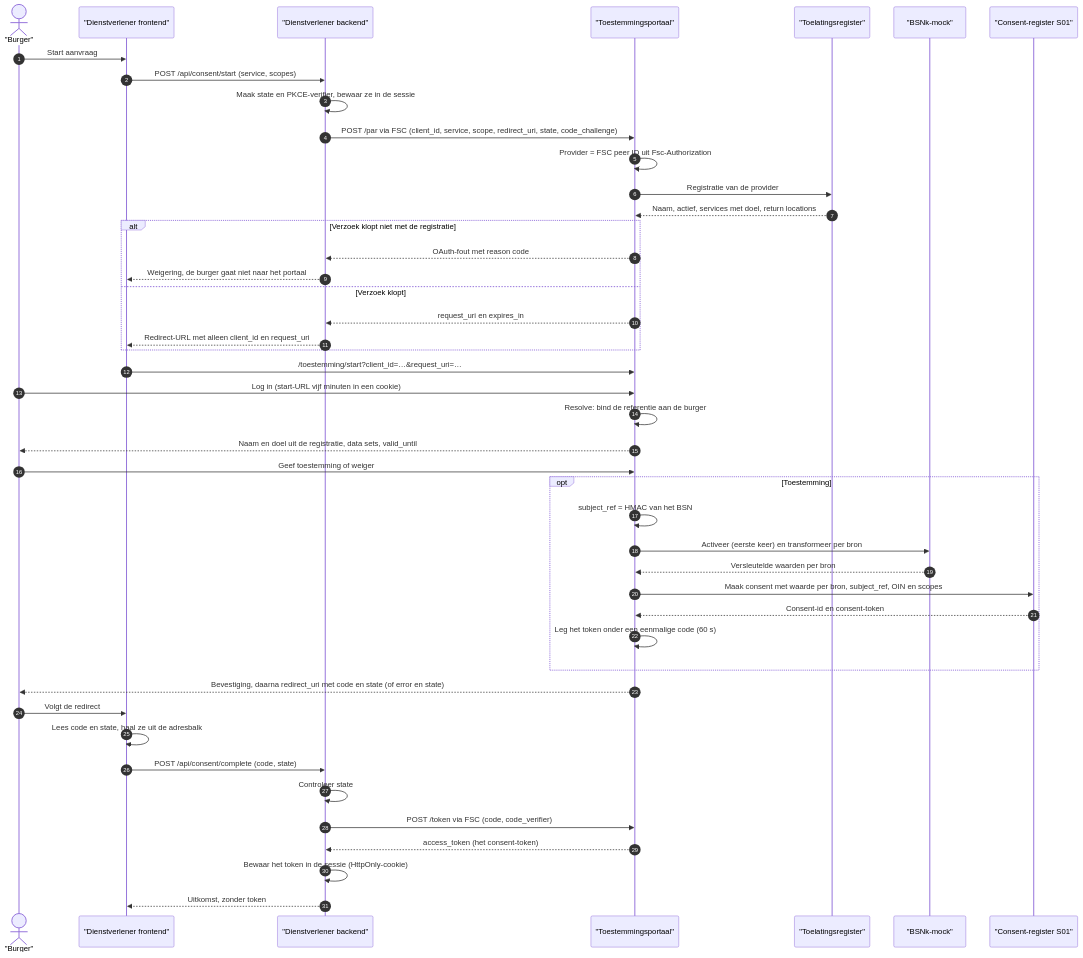
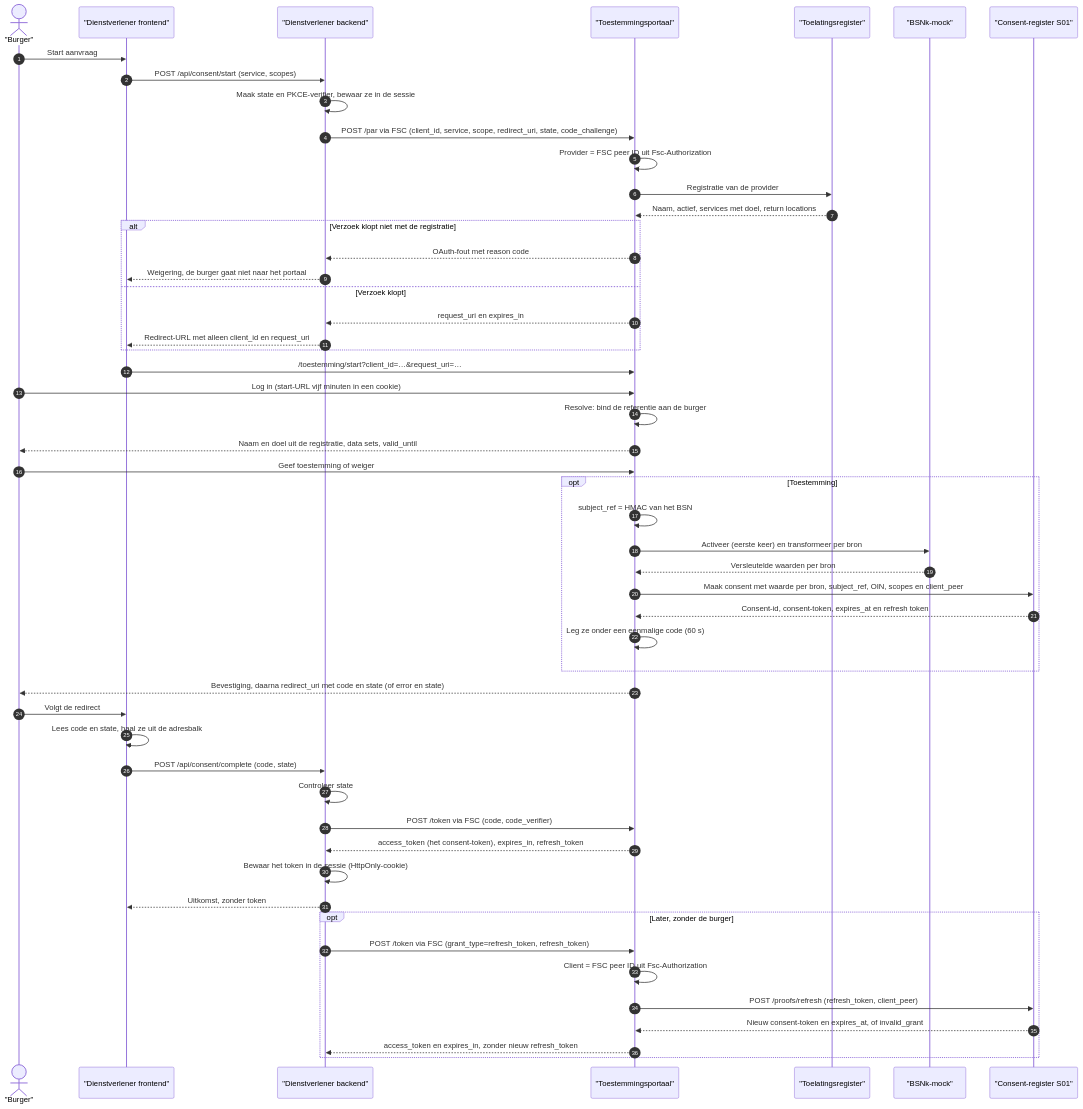
The second of 5 diagrams in docs/consent-flow.md (ICTU/GBO-demo), drawn with Mermaid before and after one commit. The commit also changed other lines of this file and 2 other files, not shown here.

Commit message:
docs: refresh grant on the consent portal's token endpoint

````diff
--- a/docs/consent-flow.md
+++ b/docs/consent-flow.md
@@ -86,51 +86,59 @@
 ```mermaid
 sequenceDiagram
     autonumber
     actor Citizen as "Burger"
     participant UI as "Dienstverlener frontend"
     participant BE as "Dienstverlener backend"
     participant Portal as "Toestemmingsportaal"
     participant TLR as "Toelatingsregister"
     participant BSNk as "BSNk-mock"
     participant Register as "Consent-register S01"
 
     Citizen->>UI: Start aanvraag
     UI->>BE: POST /api/consent/start (service, scopes)
     BE->>BE: Maak state en PKCE-verifier, bewaar ze in de sessie
     BE->>Portal: POST /par via FSC (client_id, service, scope, redirect_uri, state, code_challenge)
     Portal->>Portal: Provider = FSC peer ID uit Fsc-Authorization
     Portal->>TLR: Registratie van de provider
     TLR-->>Portal: Naam, actief, services met doel, return locations
     alt Verzoek klopt niet met de registratie
         Portal-->>BE: OAuth-fout met reason code
         BE-->>UI: Weigering, de burger gaat niet naar het portaal
     else Verzoek klopt
         Portal-->>BE: request_uri en expires_in
         BE-->>UI: Redirect-URL met alleen client_id en request_uri
     end
 
     UI->>Portal: /toestemming/start?client_id=…&request_uri=…
     Citizen->>Portal: Log in (start-URL vijf minuten in een cookie)
     Portal->>Portal: Resolve: bind de referentie aan de burger
     Portal-->>Citizen: Naam en doel uit de registratie, data sets, valid_until
     Citizen->>Portal: Geef toestemming of weiger
 
     opt Toestemming
         Portal->>Portal: subject_ref = HMAC van het BSN
         Portal->>BSNk: Activeer (eerste keer) en transformeer per bron
         BSNk-->>Portal: Versleutelde waarden per bron
-        Portal->>Register: Maak consent met waarde per bron, subject_ref, OIN en scopes
-        Register-->>Portal: Consent-id en consent-token
-        Portal->>Portal: Leg het token onder een eenmalige code (60 s)
+        Portal->>Register: Maak consent met waarde per bron, subject_ref, OIN, scopes en client_peer
+        Register-->>Portal: Consent-id, consent-token, expires_at en refresh token
+        Portal->>Portal: Leg ze onder een eenmalige code (60 s)
     end
     Portal-->>Citizen: Bevestiging, daarna redirect_uri met code en state (of error en state)
 
     Citizen->>UI: Volgt de redirect
     UI->>UI: Lees code en state, haal ze uit de adresbalk
     UI->>BE: POST /api/consent/complete (code, state)
     BE->>BE: Controleer state
     BE->>Portal: POST /token via FSC (code, code_verifier)
-    Portal-->>BE: access_token (het consent-token)
+    Portal-->>BE: access_token (het consent-token), expires_in, refresh_token
     BE->>BE: Bewaar het token in de sessie (HttpOnly-cookie)
     BE-->>UI: Uitkomst, zonder token
+
+    opt Later, zonder de burger
+        BE->>Portal: POST /token via FSC (grant_type=refresh_token, refresh_token)
+        Portal->>Portal: Client = FSC peer ID uit Fsc-Authorization
+        Portal->>Register: POST /proofs/refresh (refresh_token, client_peer)
+        Register-->>Portal: Nieuw consent-token en expires_at, of invalid_grant
+        Portal-->>BE: access_token en expires_in, zonder nieuw refresh_token
+    end
 ```
````
